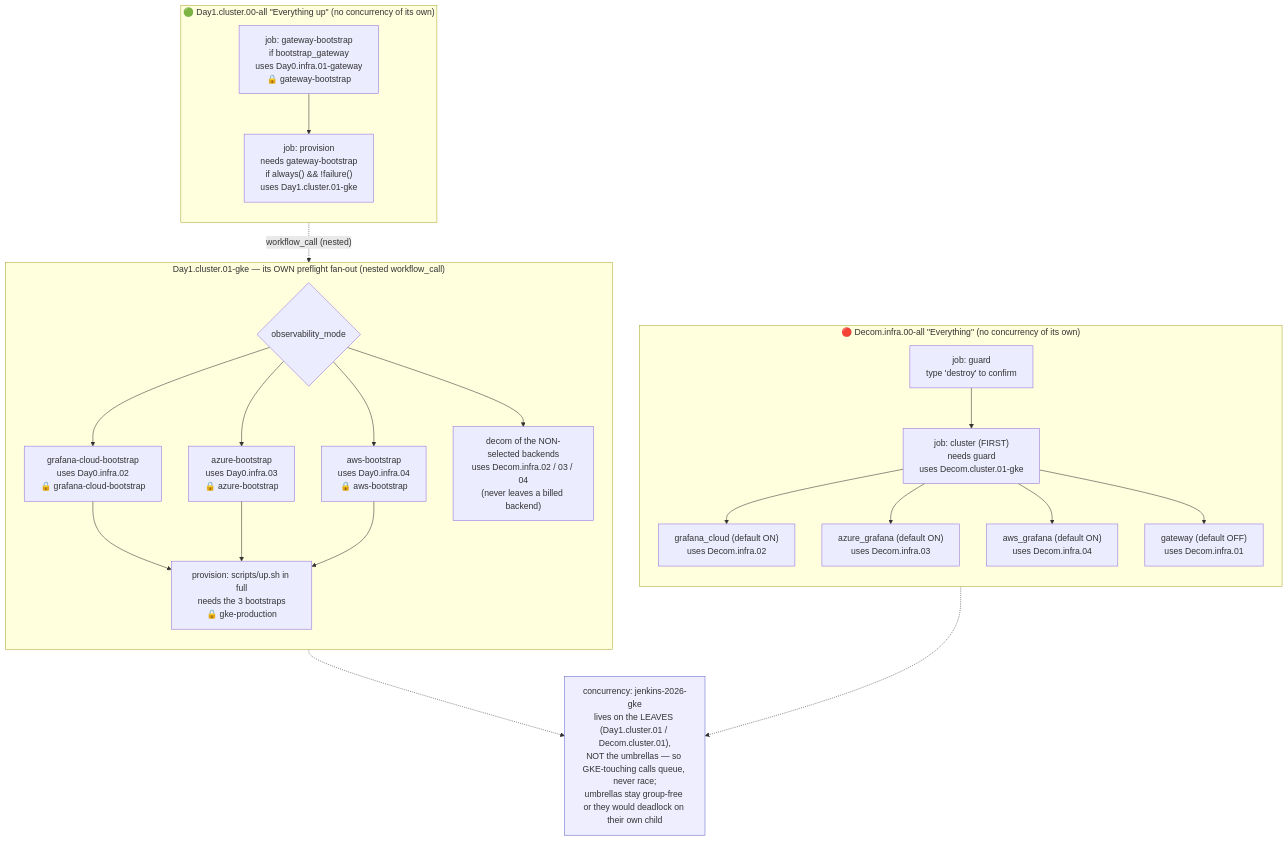
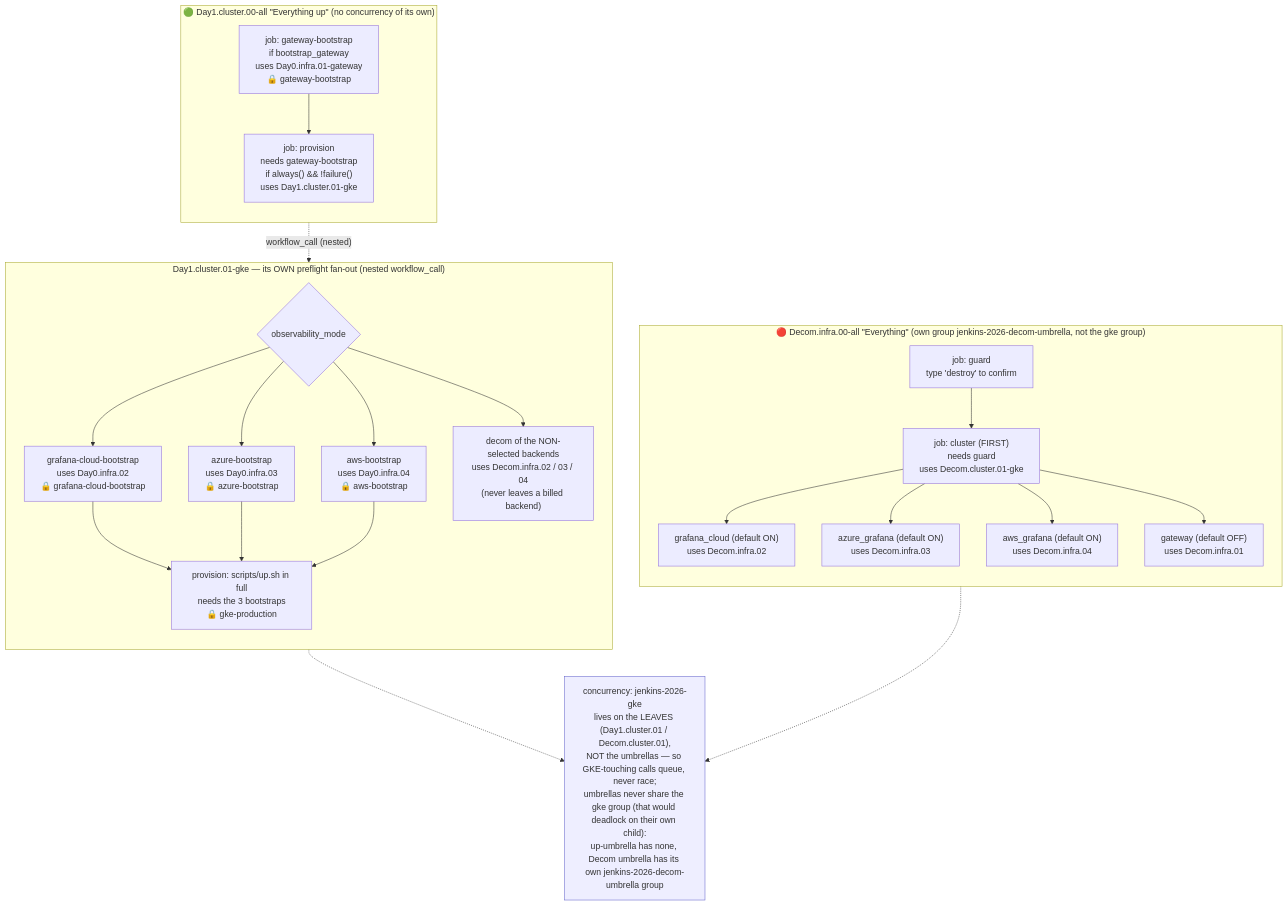
One commit to nubenetes/jenkins-2026 changed the second of 10 diagrams in docs/101-GITHUB_ACTIONS_WORKFLOWS.md. Above: the diagram before and after it, drawn with Mermaid. The commit also changed other lines of this file and 48 other files, not shown here.

````diff
--- a/docs/101-GITHUB_ACTIONS_WORKFLOWS.md
+++ b/docs/101-GITHUB_ACTIONS_WORKFLOWS.md
@@ -177,45 +177,45 @@
 ```mermaid
 flowchart TD
     subgraph UP["🟢 Day1.cluster.00-all &quot;Everything up&quot; (no concurrency of its own)"]
         direction TB
         u_gw["job: gateway-bootstrap<br/>if bootstrap_gateway<br/>uses Day0.infra.01-gateway<br/>🔒 gateway-bootstrap"]
         u_prov["job: provision<br/>needs gateway-bootstrap<br/>if always() &amp;&amp; !failure()<br/>uses Day1.cluster.01-gke"]
         u_gw --> u_prov
     end
 
     subgraph NEST["Day1.cluster.01-gke — its OWN preflight fan-out (nested workflow_call)"]
         direction TB
         n_pick{"observability_mode"}
         n_gc["grafana-cloud-bootstrap<br/>uses Day0.infra.02<br/>🔒 grafana-cloud-bootstrap"]
         n_az["azure-bootstrap<br/>uses Day0.infra.03<br/>🔒 azure-bootstrap"]
         n_aws["aws-bootstrap<br/>uses Day0.infra.04<br/>🔒 aws-bootstrap"]
         n_dc["decom of the NON-selected backends<br/>uses Decom.infra.02 / 03 / 04<br/>(never leaves a billed backend)"]
         n_prov["provision: scripts/up.sh in full<br/>needs the 3 bootstraps<br/>🔒 gke-production"]
         n_pick --> n_gc --> n_prov
         n_pick --> n_az --> n_prov
         n_pick --> n_aws --> n_prov
         n_pick --> n_dc
     end
     u_prov -. "workflow_call (nested)" .-> NEST
 
-    subgraph DOWN["🔴 Decom.infra.00-all &quot;Everything&quot; (no concurrency of its own)"]
+    subgraph DOWN["🔴 Decom.infra.00-all &quot;Everything&quot; (own group jenkins-2026-decom-umbrella, not the gke group)"]
         direction TB
         d_guard["job: guard<br/>type 'destroy' to confirm"]
         d_cl["job: cluster (FIRST)<br/>needs guard<br/>uses Decom.cluster.01-gke"]
         d_gc["grafana_cloud (default ON)<br/>uses Decom.infra.02"]
         d_az["azure_grafana (default ON)<br/>uses Decom.infra.03"]
         d_aws["aws_grafana (default ON)<br/>uses Decom.infra.04"]
         d_gwy["gateway (default OFF)<br/>uses Decom.infra.01"]
         d_guard --> d_cl
         d_cl --> d_gc
         d_cl --> d_az
         d_cl --> d_aws
         d_cl --> d_gwy
     end
 
-    serial["concurrency: jenkins-2026-gke<br/>lives on the LEAVES (Day1.cluster.01 / Decom.cluster.01),<br/>NOT the umbrellas — so GKE-touching calls queue, never race;<br/>umbrellas stay group-free or they would deadlock on their own child"]:::note
+    serial["concurrency: jenkins-2026-gke<br/>lives on the LEAVES (Day1.cluster.01 / Decom.cluster.01),<br/>NOT the umbrellas — so GKE-touching calls queue, never race;<br/>umbrellas never share the gke group (that would deadlock on their own child):<br/>up-umbrella has none, Decom umbrella has its own jenkins-2026-decom-umbrella group"]:::note
     NEST -.-> serial
     d_cl -.-> serial
 
     classDef note fill:#eef,stroke:#66c;
 ```
````
